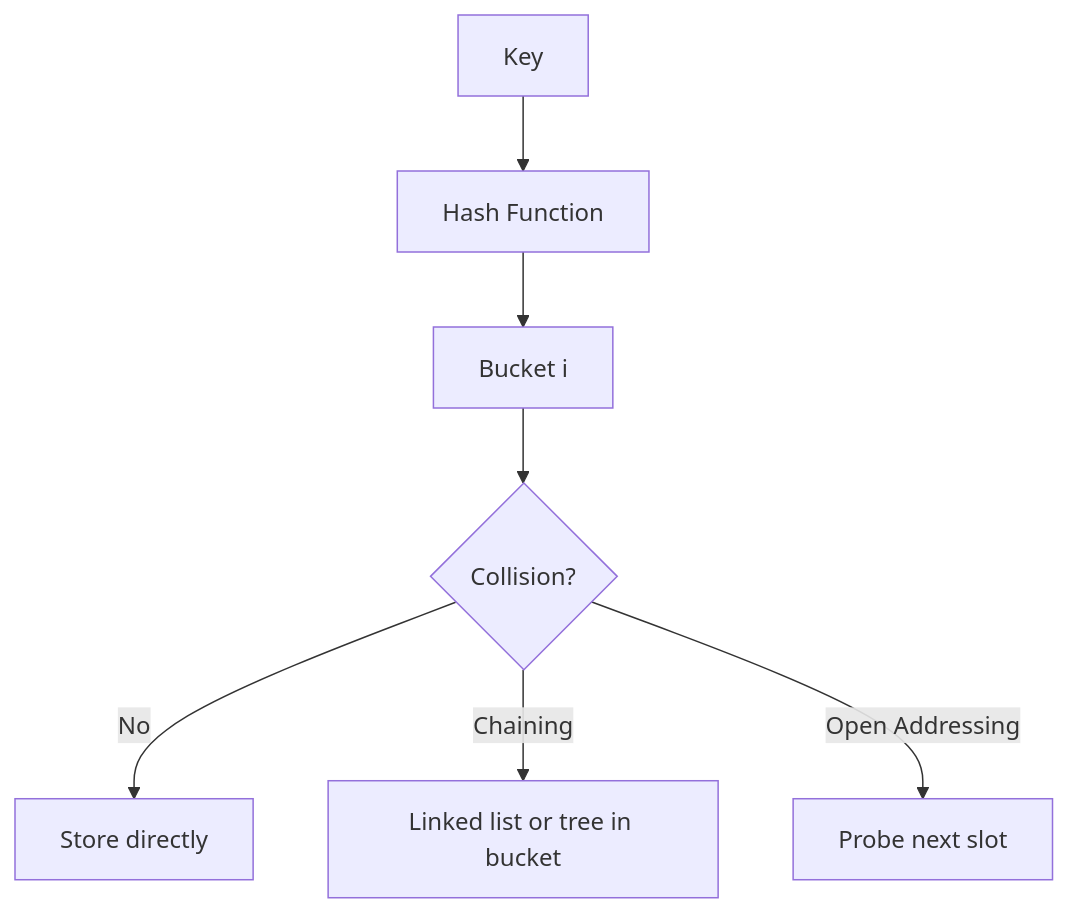
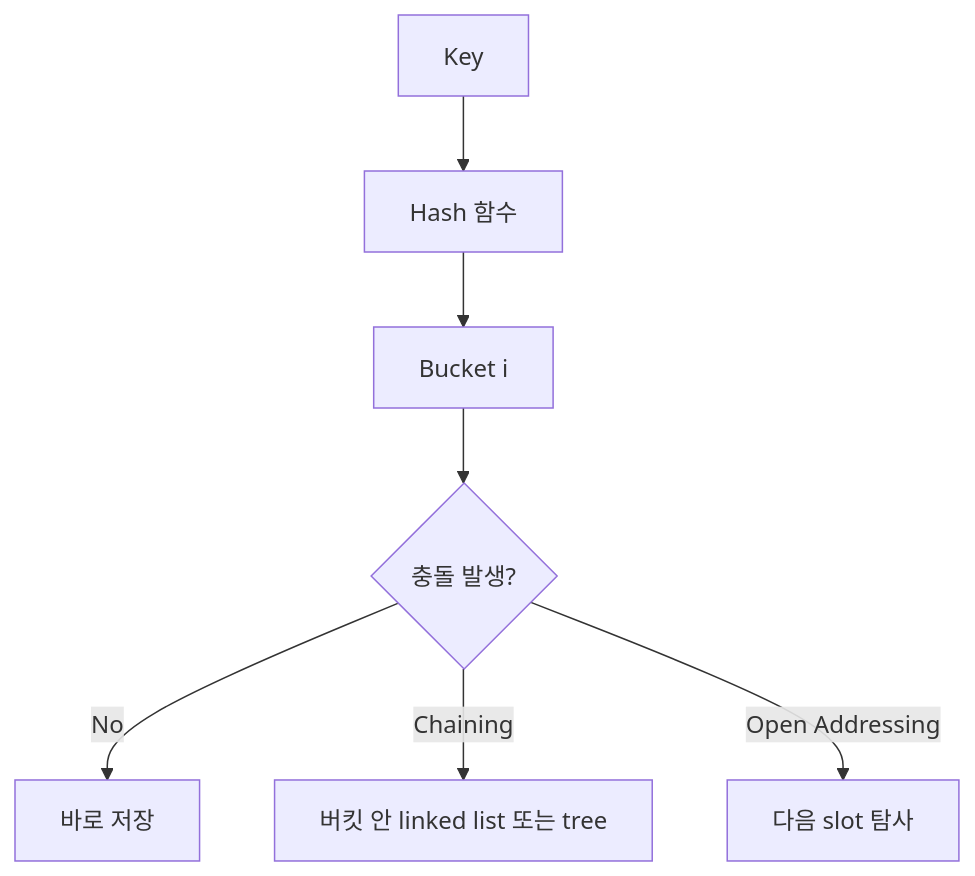
One commit to mandoobox/mandoobox.github.io changed diagram 19 of 43 in _posts/cs-note/2026-02-27-data-structure.md. Above: the diagram before and after it, drawn with Mermaid. The commit also changed other lines of this file and 18 other files, not shown here.

````diff
--- a/_posts/cs-note/2026-02-27-data-structure.md
+++ b/_posts/cs-note/2026-02-27-data-structure.md
@@ -683,9 +683,9 @@
 ```mermaid
 flowchart TD
-  K[Key] --> H[Hash Function]
+  K[Key] --> H[Hash 함수]
   H --> B[Bucket i]
-  B --> C{Collision?}
-  C -->|No| S1[Store directly]
-  C -->|Chaining| S2[Linked list or tree in bucket]
-  C -->|Open Addressing| S3[Probe next slot]
+  B --> C{충돌 발생?}
+  C -->|No| S1[바로 저장]
+  C -->|Chaining| S2[버킷 안 linked list 또는 tree]
+  C -->|Open Addressing| S3[다음 slot 탐사]
 ```
````
